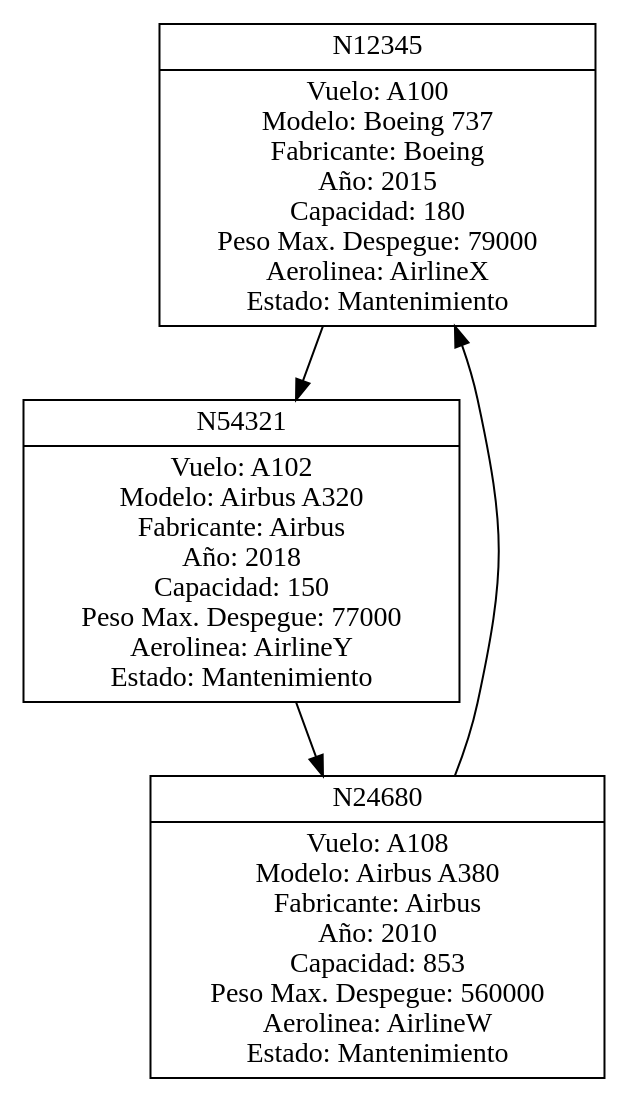
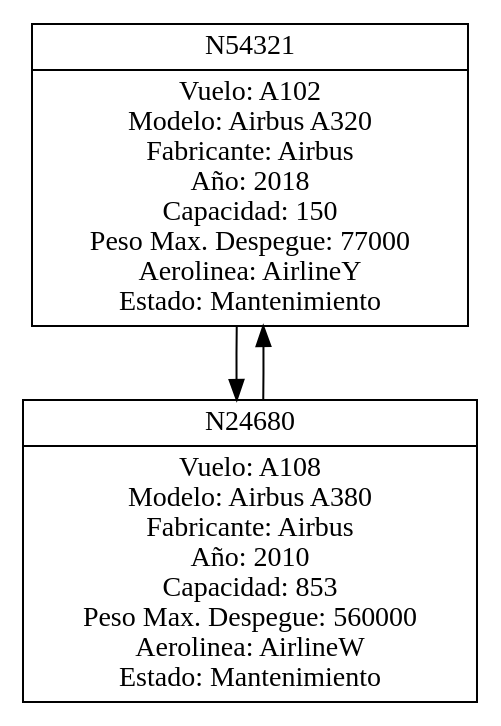
Before and after one commit to moisibot/201930195_EDD_Practica: the diagram in cmake-build-debug/avionesMantenimiento.dot, drawn with Graphviz. The commit also changed 15 other files, not shown here.

```diff
--- a/cmake-build-debug/avionesMantenimiento.dot
+++ b/cmake-build-debug/avionesMantenimiento.dot
@@ -1,9 +1,7 @@
 digraph AvionesMantenimiento {
   node [shape=record];
-  nodo0x55955a897de0 [label="{{N12345}|{Vuelo: A100\nModelo: Boeing 737\nFabricante: Boeing\nAño: 2015\nCapacidad: 180\nPeso Max. Despegue: 79000\nAerolinea: AirlineX\nEstado: Mantenimiento}}"];
-  nodo0x55955a897de0 -> nodo0x55955a897d00;
-  nodo0x55955a897d00 [label="{{N54321}|{Vuelo: A102\nModelo: Airbus A320\nFabricante: Airbus\nAño: 2018\nCapacidad: 150\nPeso Max. Despegue: 77000\nAerolinea: AirlineY\nEstado: Mantenimiento}}"];
-  nodo0x55955a897d00 -> nodo0x55955a899bc0;
-  nodo0x55955a899bc0 [label="{{N24680}|{Vuelo: A108\nModelo: Airbus A380\nFabricante: Airbus\nAño: 2010\nCapacidad: 853\nPeso Max. Despegue: 560000\nAerolinea: AirlineW\nEstado: Mantenimiento}}"];
-  nodo0x55955a899bc0 -> nodo0x55955a897de0;
+  nodo0x5637fa0edd00 [label="{{N54321}|{Vuelo: A102\nModelo: Airbus A320\nFabricante: Airbus\nAño: 2018\nCapacidad: 150\nPeso Max. Despegue: 77000\nAerolinea: AirlineY\nEstado: Mantenimiento}}"];
+  nodo0x5637fa0edd00 -> nodo0x5637fa0efbc0;
+  nodo0x5637fa0efbc0 [label="{{N24680}|{Vuelo: A108\nModelo: Airbus A380\nFabricante: Airbus\nAño: 2010\nCapacidad: 853\nPeso Max. Despegue: 560000\nAerolinea: AirlineW\nEstado: Mantenimiento}}"];
+  nodo0x5637fa0efbc0 -> nodo0x5637fa0edd00;
 }
```
